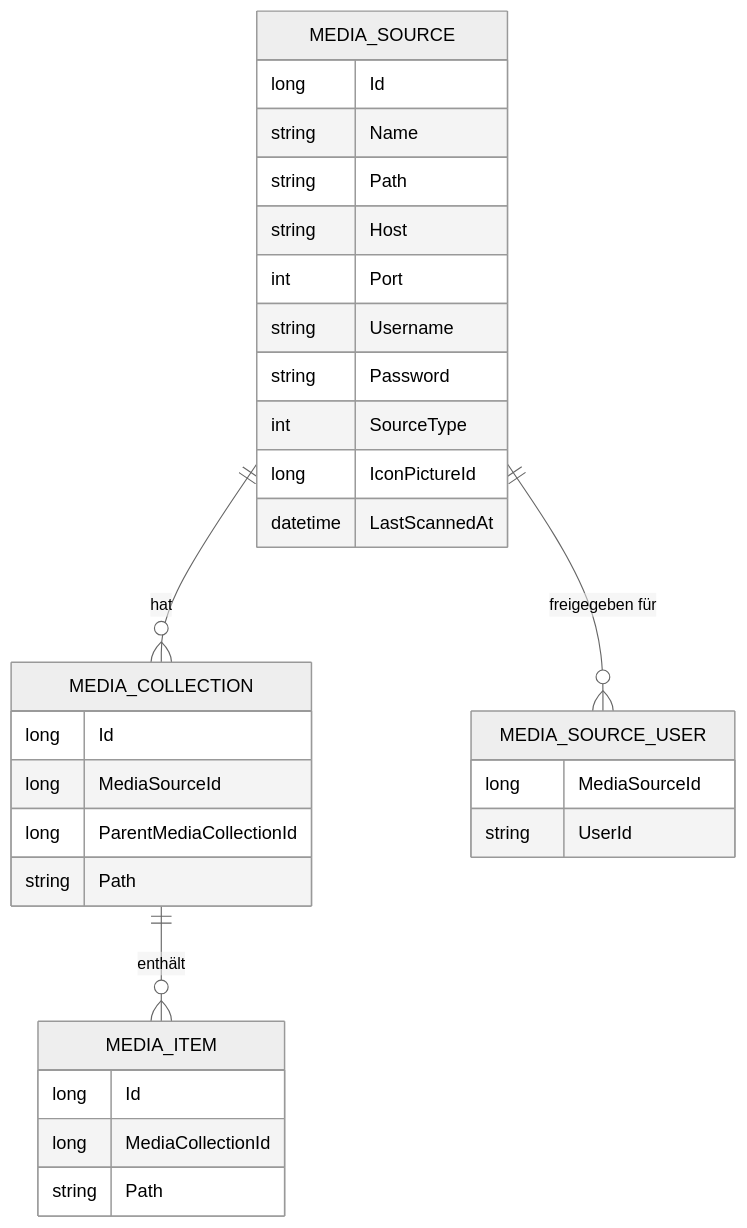
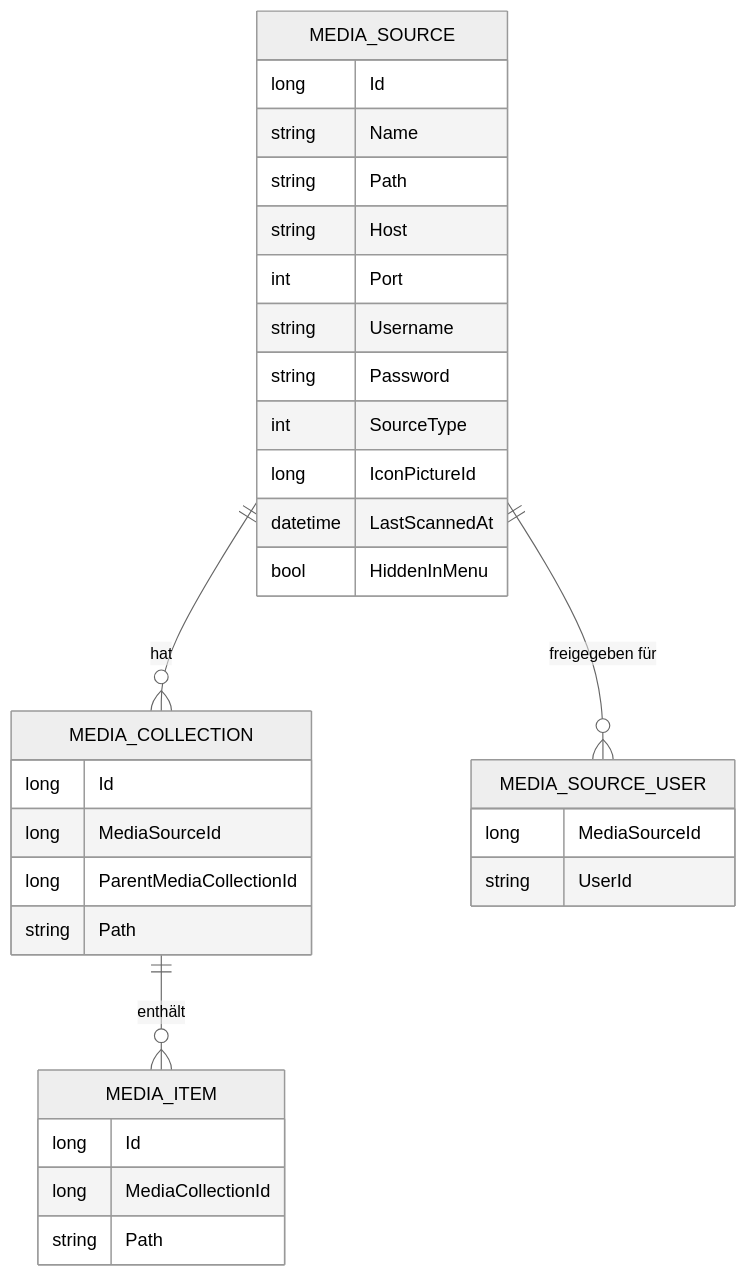
The diagram in docs/help/medienquellen/datenmodell.md (martin-stromberg/VideoPlayer), drawn with Mermaid (neutral theme) before and after one commit. The commit also changed other lines of this file and 5 other files, not shown here.

First line of the commit message:
docs: HiddenInMenu in API-Doku, Hilfe und Release Notes dokumentiert

````diff
--- a/docs/help/medienquellen/datenmodell.md
+++ b/docs/help/medienquellen/datenmodell.md
@@ -39,33 +40,34 @@
 ```mermaid
 erDiagram
     MEDIA_SOURCE {
         long Id
         string Name
         string Path
         string Host
         int Port
         string Username
         string Password
         int SourceType
         long IconPictureId
         datetime LastScannedAt
+        bool HiddenInMenu
     }
     MEDIA_COLLECTION {
         long Id
         long MediaSourceId
         long ParentMediaCollectionId
         string Path
     }
     MEDIA_ITEM {
         long Id
         long MediaCollectionId
         string Path
     }
     MEDIA_SOURCE_USER {
         long MediaSourceId
         string UserId
     }
     MEDIA_SOURCE ||--o{ MEDIA_COLLECTION : "hat"
     MEDIA_COLLECTION ||--o{ MEDIA_ITEM : "enthält"
     MEDIA_SOURCE ||--o{ MEDIA_SOURCE_USER : "freigegeben für"
 ```
````
